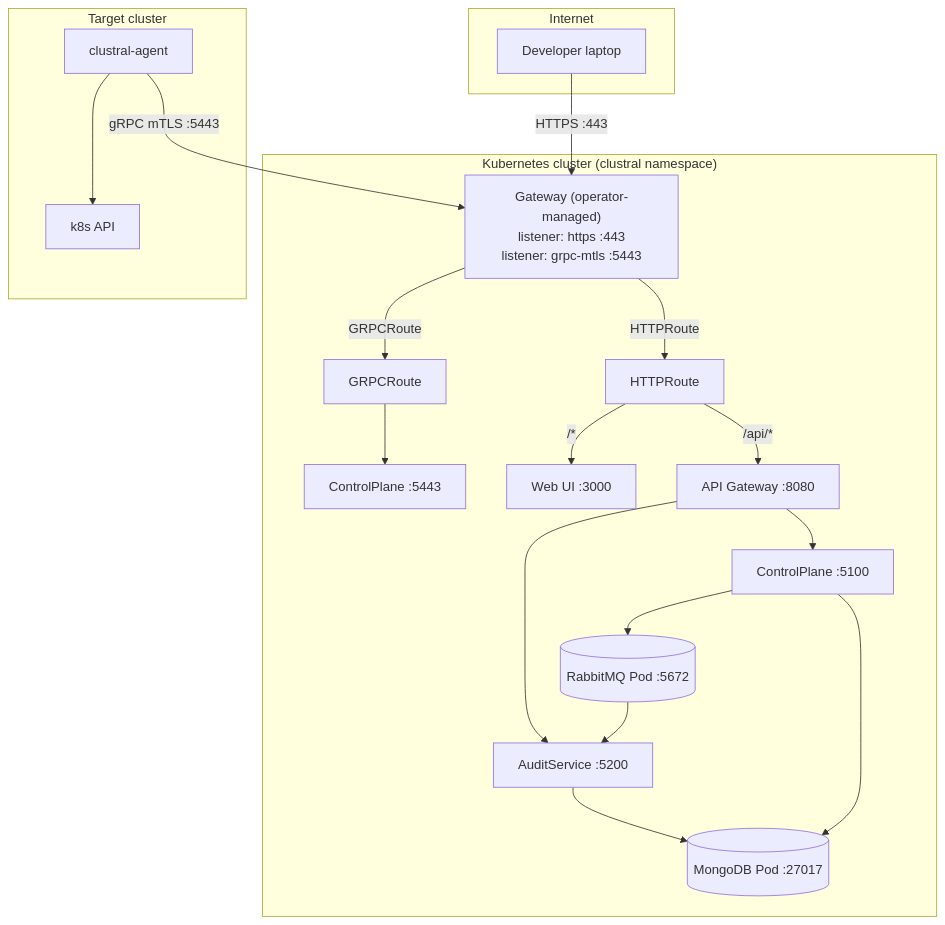
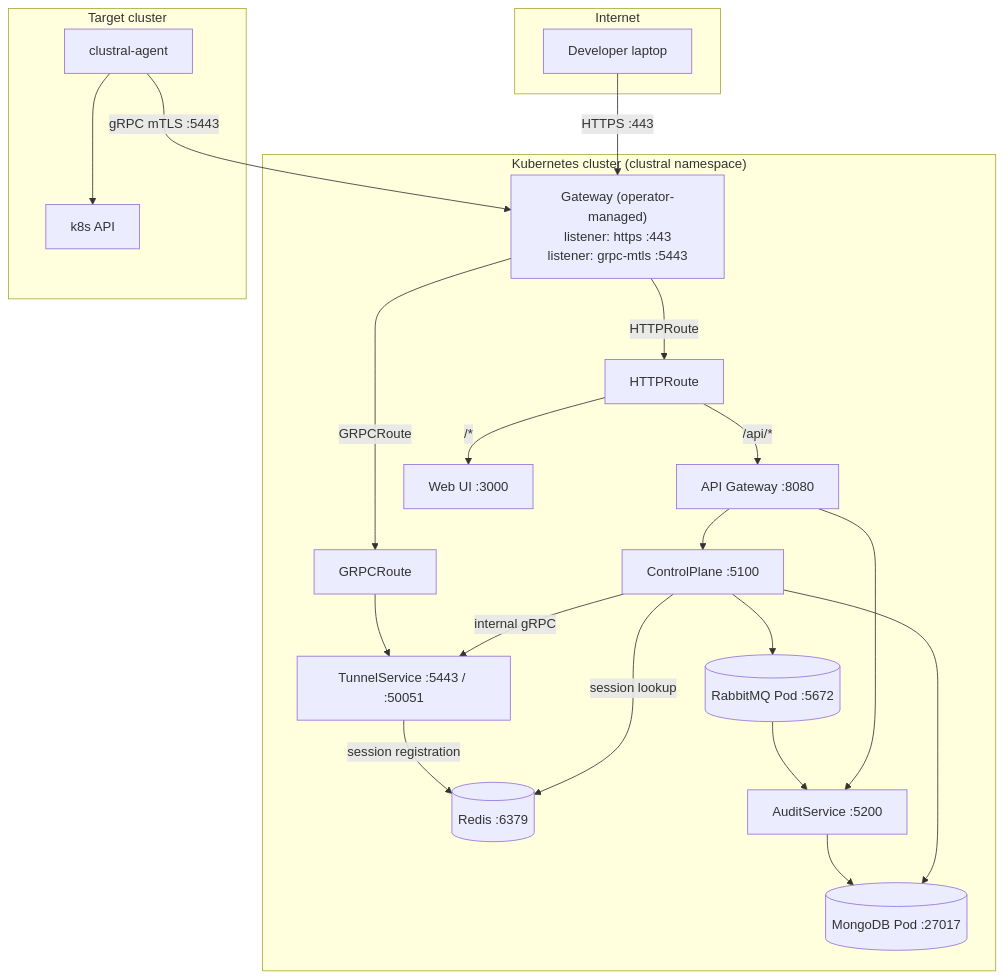
One commit to Clustral/clustral changed the fourth of 4 diagrams in docs-site/architecture/network-map.md. Above: the diagram before and after it, drawn with Mermaid. The commit also changed other lines of this file and 10 other files, not shown here.

First line of the commit message:
docs: update all diagrams + docs for TunnelService split (#4)

````diff
--- a/docs-site/architecture/network-map.md
+++ b/docs-site/architecture/network-map.md
@@ -166,39 +184,43 @@
 ```mermaid
 graph TB
     subgraph Internet
         USER[Developer laptop]
     end
 
     subgraph "Kubernetes cluster (clustral namespace)"
         GWAPI["Gateway (operator-managed)<br/>listener: https :443<br/>listener: grpc-mtls :5443"]
         HTTP_ROUTE[HTTPRoute]
         GRPC_ROUTE[GRPCRoute]
         GW[API Gateway :8080]
         WEB[Web UI :3000]
         CP_HTTP[ControlPlane :5100]
-        CP_GRPC[ControlPlane :5443]
+        TUNNEL[TunnelService :5443 / :50051]
+        REDIS[(Redis :6379)]
         AUDIT[AuditService :5200]
         MONGO[(MongoDB Pod :27017)]
         MQ[(RabbitMQ Pod :5672)]
     end
 
     subgraph "Target cluster"
         AGENT[clustral-agent]
         K8S[k8s API]
     end
 
     USER -- "HTTPS :443" --> GWAPI
     GWAPI -- "HTTPRoute" --> HTTP_ROUTE
     HTTP_ROUTE -- "/api/*" --> GW
     HTTP_ROUTE -- "/*" --> WEB
     GW --> CP_HTTP
     GW --> AUDIT
+    CP_HTTP -- "session lookup" --> REDIS
+    CP_HTTP -- "internal gRPC" --> TUNNEL
     AGENT -- "gRPC mTLS :5443" --> GWAPI
     GWAPI -- "GRPCRoute" --> GRPC_ROUTE
-    GRPC_ROUTE --> CP_GRPC
+    GRPC_ROUTE --> TUNNEL
     CP_HTTP --> MONGO
     AUDIT --> MONGO
     CP_HTTP --> MQ
     MQ --> AUDIT
+    TUNNEL -- "session registration" --> REDIS
     AGENT --> K8S
 ```
````
